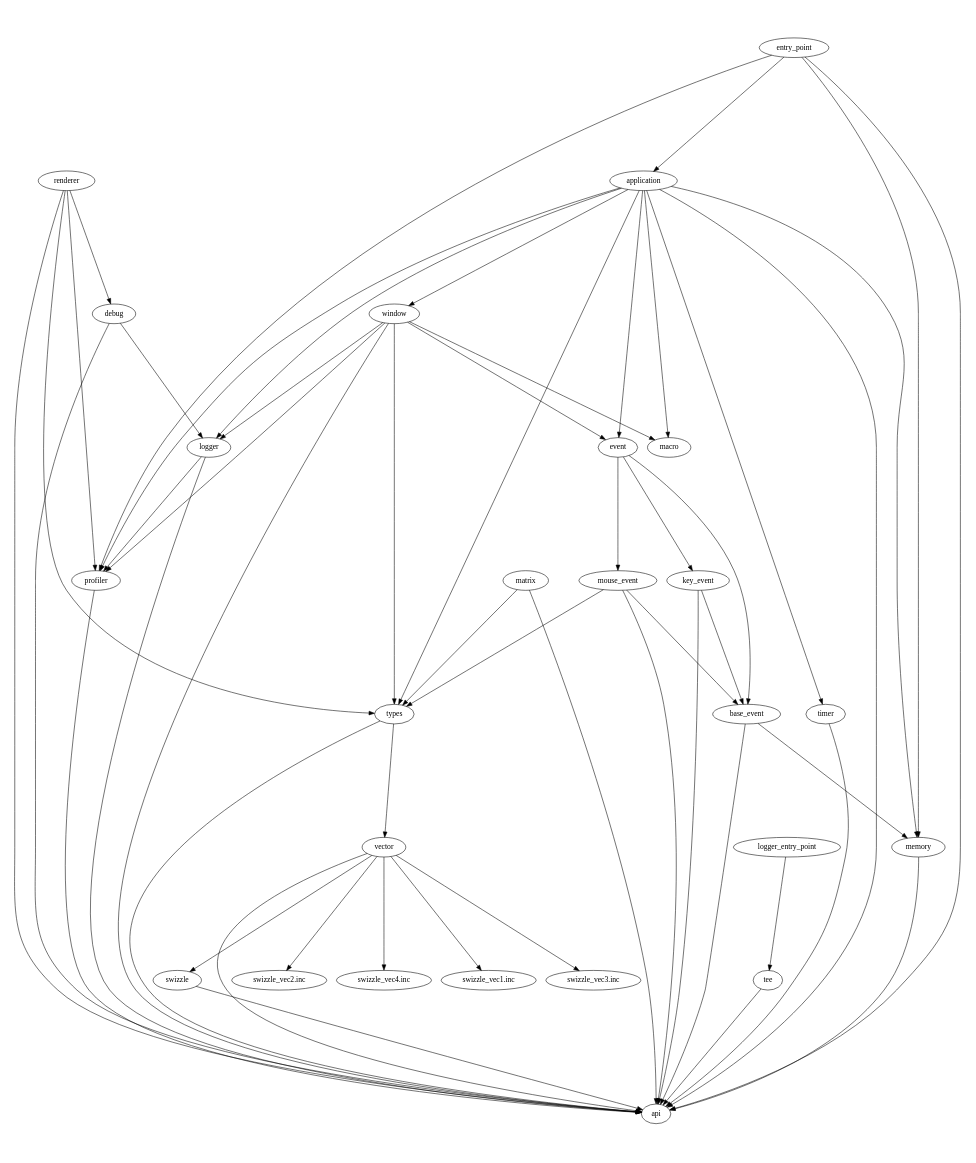
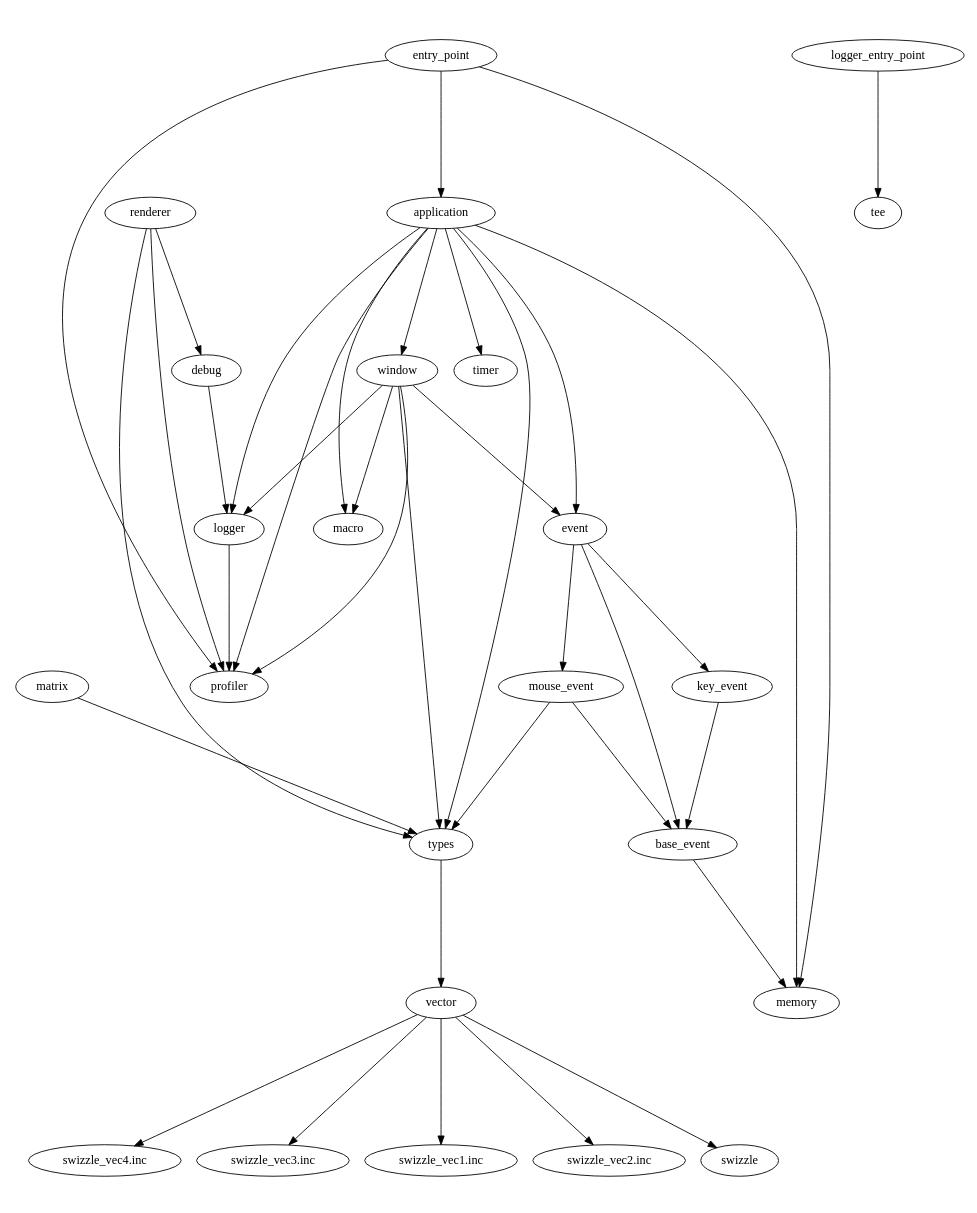
Before and after one commit to salesvictor/vscge: the diagram in graphviz/vscge.dot, drawn with Graphviz. The commit also changed 10 other files, not shown here.

```diff
--- a/graphviz/vscge.dot
+++ b/graphviz/vscge.dot
@@ -1,61 +1,44 @@
 digraph "source tree" {
     overlap=scale;
     size="8,10";
     ratio="fill";
     fontsize="16";
     fontname="Helvetica";
 	clusterrank="local";
+	"vector" -> "swizzle_vec4.inc"
+	"mouse_event" -> "types"
+	"application" -> "logger"
+	"window" -> "macro"
+	"application" -> "event"
+	"debug" -> "logger"
+	"window" -> "types"
+	"application" -> "window"
+	"types" -> "vector"
+	"mouse_event" -> "base_event"
+	"vector" -> "swizzle_vec3.inc"
+	"application" -> "profiler"
+	"renderer" -> "types"
+	"logger" -> "profiler"
+	"application" -> "memory"
+	"entry_point" -> "memory"
+	"application" -> "macro"
+	"renderer" -> "profiler"
+	"matrix" -> "types"
+	"logger_entry_point" -> "tee"
+	"window" -> "event"
+	"event" -> "base_event"
+	"vector" -> "swizzle_vec1.inc"
+	"base_event" -> "memory"
+	"application" -> "timer"
+	"renderer" -> "debug"
 	"entry_point" -> "application"
-	"key_event" -> "api"
-	"matrix" -> "api"
-	"base_event" -> "memory"
-	"entry_point" -> "api"
+	"application" -> "types"
+	"event" -> "key_event"
+	"vector" -> "swizzle_vec2.inc"
+	"window" -> "logger"
+	"window" -> "profiler"
+	"key_event" -> "base_event"
+	"vector" -> "swizzle"
 	"entry_point" -> "profiler"
-	"application" -> "logger"
-	"application" -> "event"
-	"application" -> "window"
-	"logger_entry_point" -> "tee"
-	"types" -> "vector"
-	"application" -> "timer"
-	"mouse_event" -> "api"
-	"event" -> "base_event"
-	"profiler" -> "api"
-	"logger" -> "profiler"
-	"window" -> "profiler"
-	"memory" -> "api"
-	"renderer" -> "debug"
-	"swizzle" -> "api"
-	"window" -> "macro"
 	"event" -> "mouse_event"
-	"entry_point" -> "memory"
-	"window" -> "types"
-	"application" -> "api"
-	"debug" -> "api"
-	"vector" -> "swizzle_vec2.inc"
-	"renderer" -> "profiler"
-	"timer" -> "api"
-	"key_event" -> "base_event"
-	"vector" -> "swizzle_vec4.inc"
-	"application" -> "types"
-	"mouse_event" -> "types"
-	"vector" -> "swizzle_vec1.inc"
-	"window" -> "api"
-	"debug" -> "logger"
-	"logger" -> "api"
-	"renderer" -> "api"
-	"renderer" -> "types"
-	"application" -> "macro"
-	"application" -> "memory"
-	"vector" -> "swizzle_vec3.inc"
-	"base_event" -> "api"
-	"event" -> "key_event"
-	"matrix" -> "types"
-	"window" -> "event"
-	"tee" -> "api"
-	"vector" -> "swizzle"
-	"types" -> "api"
-	"window" -> "logger"
-	"application" -> "profiler"
-	"mouse_event" -> "base_event"
-	"vector" -> "api"
 }
```
